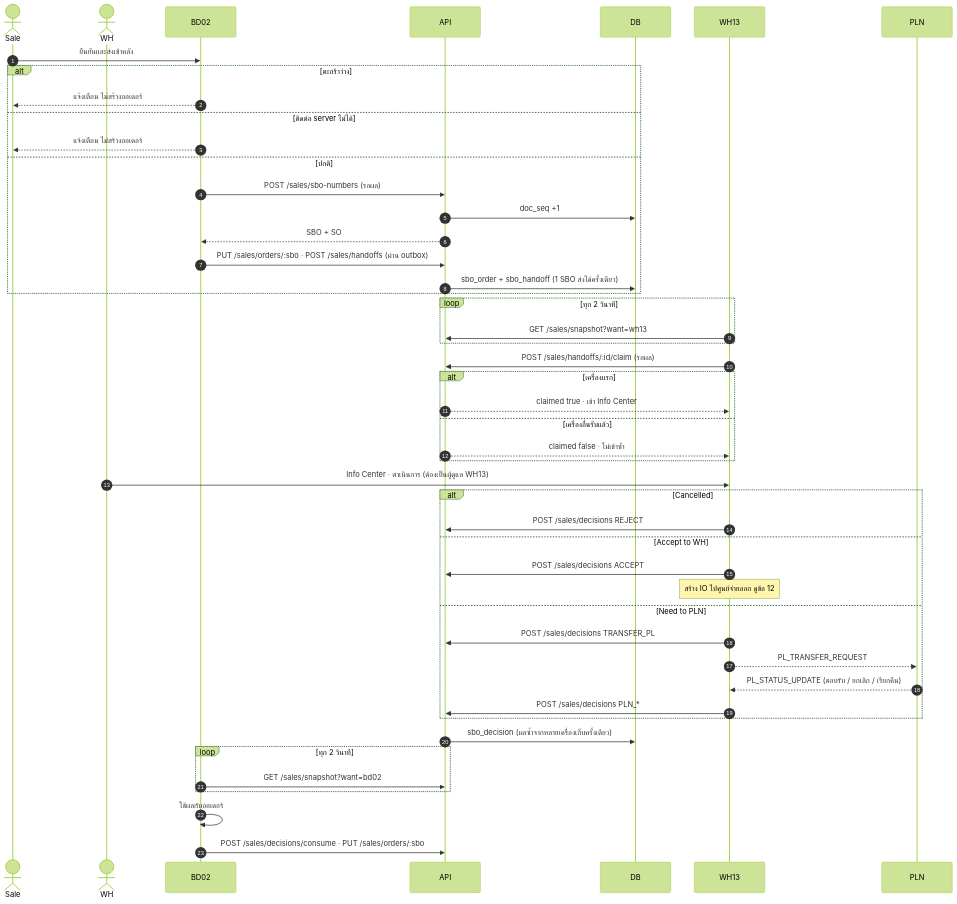
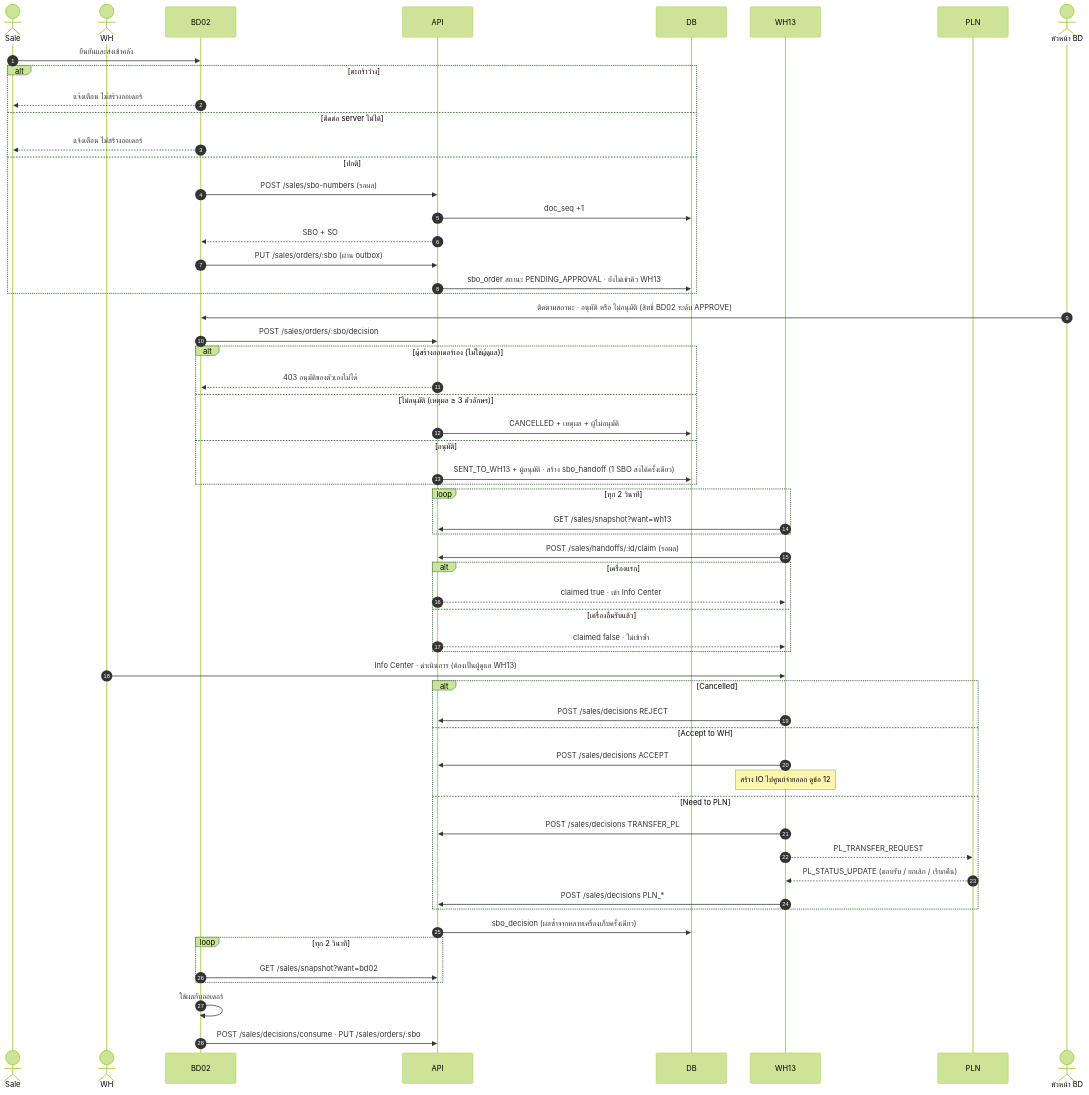
One commit to Aum2010/WHSM-1791103979 changed the tenth of 15 diagrams in docs/01-sequence-diagrams.md. Above: the diagram before and after it, drawn with Mermaid (forest theme). The commit also changed other lines of this file and 12 other files, not shown here.

First line of the commit message:
Phase 1 transfers as documents; BD head approval; BD02 data permissions

````diff
--- a/docs/01-sequence-diagrams.md
+++ b/docs/01-sequence-diagrams.md
@@ -333,51 +335,61 @@
 ```mermaid
 sequenceDiagram
     autonumber
     actor Sale
     actor WH
     participant BD02
     participant API
     participant DB
     participant WH13
     participant PLN
 
     Sale->>BD02: ยืนยันและส่งเข้าคลัง
     alt ตะกร้าว่าง
         BD02-->>Sale: แจ้งเตือน ไม่สร้างออเดอร์
     else ติดต่อ server ไม่ได้
         BD02-->>Sale: แจ้งเตือน ไม่สร้างออเดอร์
     else ปกติ
         BD02->>API: POST /sales/sbo-numbers (รอผล)
         API->>DB: doc_seq +1
         API-->>BD02: SBO + SO
-        BD02->>API: PUT /sales/orders/:sbo · POST /sales/handoffs (ผ่าน outbox)
-        API->>DB: sbo_order + sbo_handoff (1 SBO ส่งได้ครั้งเดียว)
+        BD02->>API: PUT /sales/orders/:sbo (ผ่าน outbox)
+        API->>DB: sbo_order สถานะ PENDING_APPROVAL · ยังไม่เข้าคิว WH13
+    end
+    actor Head as หัวหน้า BD
+    Head->>BD02: ติดตามสถานะ · อนุมัติ หรือ ไม่อนุมัติ (สิทธิ์ BD02 ระดับ APPROVE)
+    BD02->>API: POST /sales/orders/:sbo/decision
+    alt ผู้สร้างออเดอร์เอง (ไม่ใช่ผู้ดูแล)
+        API-->>BD02: 403 อนุมัติของตัวเองไม่ได้
+    else ไม่อนุมัติ (เหตุผล ≥ 3 ตัวอักษร)
+        API->>DB: CANCELLED + เหตุผล + ผู้ไม่อนุมัติ
+    else อนุมัติ
+        API->>DB: SENT_TO_WH13 + ผู้อนุมัติ · สร้าง sbo_handoff (1 SBO ส่งได้ครั้งเดียว)
     end
     loop ทุก 2 วินาที
         WH13->>API: GET /sales/snapshot?want=wh13
     end
     WH13->>API: POST /sales/handoffs/:id/claim (รอผล)
     alt เครื่องแรก
         API-->>WH13: claimed true · เข้า Info Center
     else เครื่องอื่นรับแล้ว
         API-->>WH13: claimed false · ไม่เข้าซ้ำ
     end
     WH->>WH13: Info Center · ดำเนินการ (ต้องเป็นผู้ดูแล WH13)
     alt Cancelled
         WH13->>API: POST /sales/decisions REJECT
     else Accept to WH
         WH13->>API: POST /sales/decisions ACCEPT
         Note over WH13: สร้าง IO ไปศูนย์จ่ายออก ดูข้อ 12
     else Need to PLN
         WH13->>API: POST /sales/decisions TRANSFER_PL
         WH13-->>PLN: PL_TRANSFER_REQUEST
         PLN-->>WH13: PL_STATUS_UPDATE (ตอบรับ / ยกเลิก / เรียกคืน)
         WH13->>API: POST /sales/decisions PLN_*
     end
     API->>DB: sbo_decision (ผลซ้ำจากหลายเครื่องเก็บครั้งเดียว)
     loop ทุก 2 วินาที
         BD02->>API: GET /sales/snapshot?want=bd02
     end
     BD02->>BD02: ใช้ผลกับออเดอร์
     BD02->>API: POST /sales/decisions/consume · PUT /sales/orders/:sbo
 ```
````
